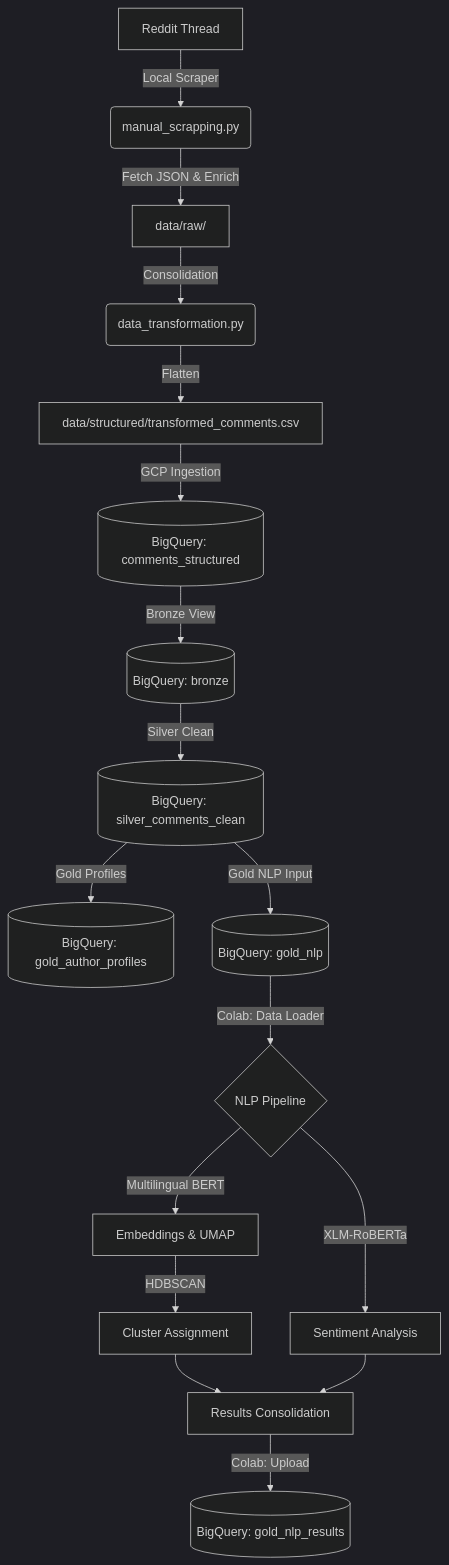
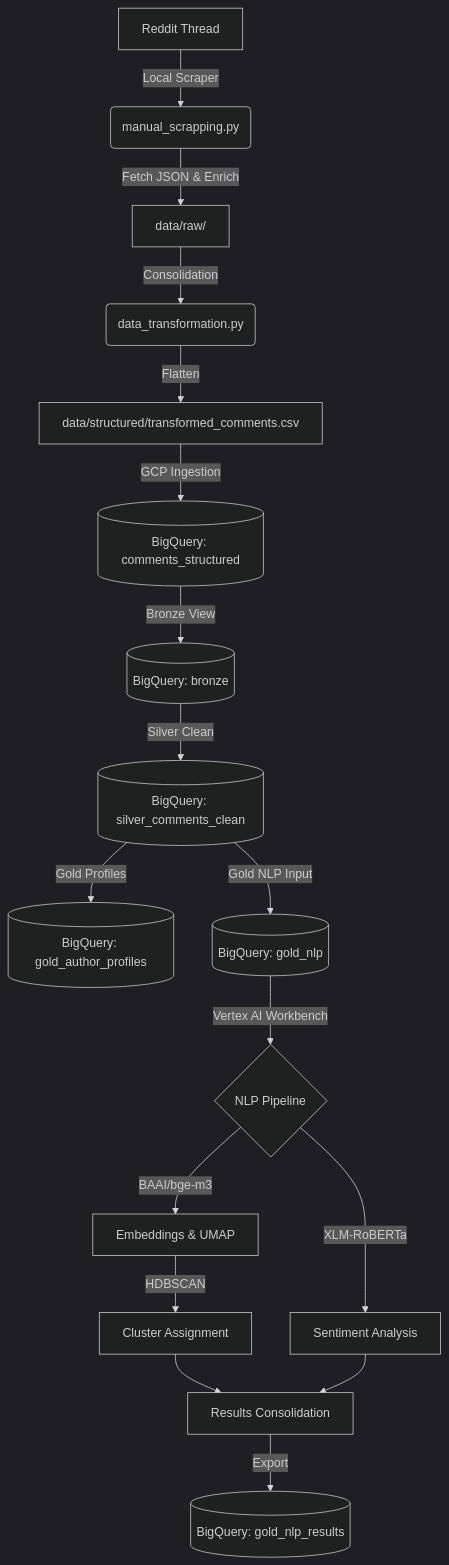
Before and after one commit to CaballeroRAR/ds_projects_collabs: the diagram in 2-nlp-astroturfing-report/README.md, drawn with Mermaid (dark theme). The commit also changed other lines of this file, not shown here.

Commit message:
Docs: Update architecture and NLP pipeline reflecting Vertex AI and BGE-M3 upgrade

````diff
--- a/2-nlp-astroturfing-report/README.md
+++ b/2-nlp-astroturfing-report/README.md
@@ -9,20 +9,20 @@
 ```mermaid
 graph TD
     A[Reddit Thread] -->|Local Scraper| B(manual_scrapping.py)
     B -->|Fetch JSON & Enrich| C[data/raw/]
     C -->|Consolidation| D(data_transformation.py)
     D -->|Flatten| E[data/structured/transformed_comments.csv]
     E -->|GCP Ingestion| F[(BigQuery: comments_structured)]
     F -->|Bronze View| G[(BigQuery: bronze)]
     G -->|Silver Clean| H[(BigQuery: silver_comments_clean)]
     H -->|Gold Profiles| I[(BigQuery: gold_author_profiles)]
     H -->|Gold NLP Input| J[(BigQuery: gold_nlp)]
     
-    J -->|Colab: Data Loader| K{NLP Pipeline}
-    K -->|Multilingual BERT| L[Embeddings & UMAP]
+    J -->|Vertex AI Workbench| K{NLP Pipeline}
+    K -->|BAAI/bge-m3| L[Embeddings & UMAP]
     L -->|HDBSCAN| M[Cluster Assignment]
     K -->|XLM-RoBERTa| N[Sentiment Analysis]
     M --> O[Results Consolidation]
     N --> O
-    O -->|Colab: Upload| P[(BigQuery: gold_nlp_results)]
+    O -->|Export| P[(BigQuery: gold_nlp_results)]
 ```
````
